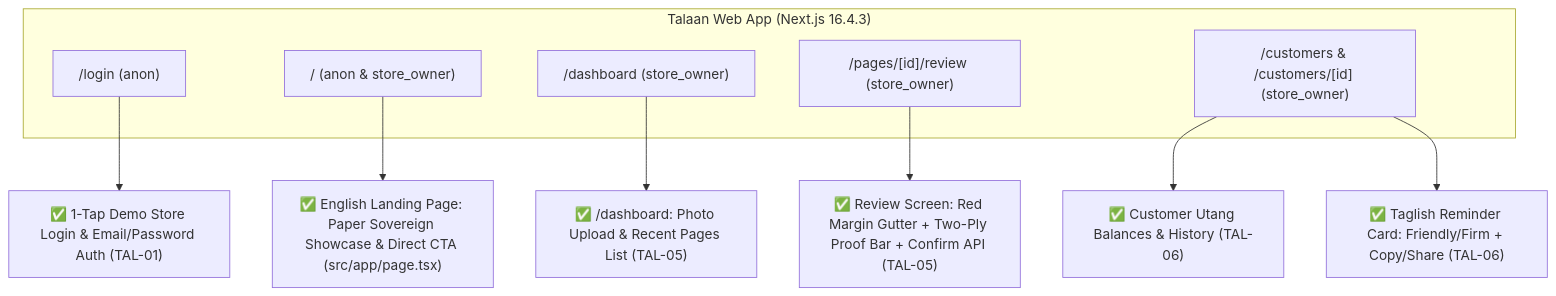
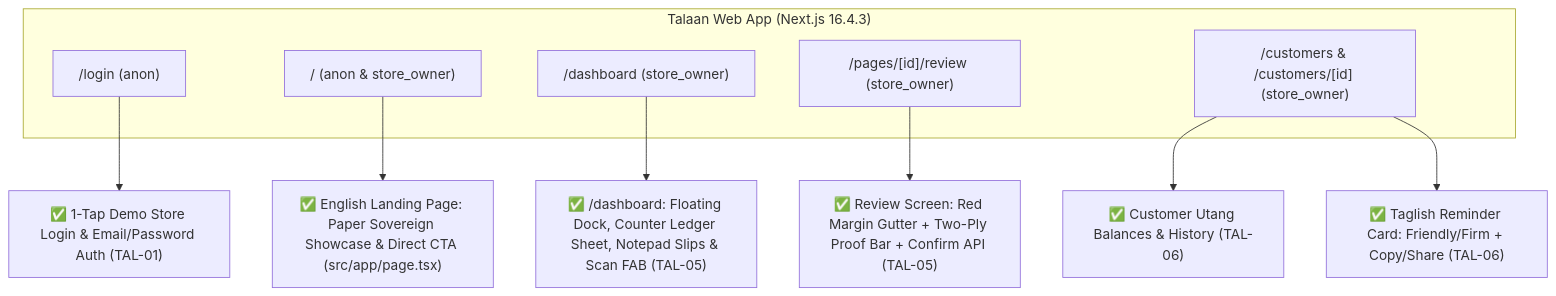
Before and after one commit to ejay-detera/talaan: the first of 5 diagrams in docs/flow.md, drawn with Mermaid. The commit also changed 49 other files, not shown here.

````diff
--- a/docs/flow.md
+++ b/docs/flow.md
@@ -23,16 +23,16 @@
 ```mermaid
 flowchart TB
   subgraph app ["Talaan Web App (Next.js 16.4.3)"]
     S0["/login (anon)"]
     S1["/ (anon & store_owner)"]
     S1b["/dashboard (store_owner)"]
     S2["/pages/[id]/review (store_owner)"]
     S3["/customers & /customers/[id] (store_owner)"]
   end
   S0 --> A1["✅ 1-Tap Demo Store Login & Email/Password Auth (TAL-01)"]
   S1 --> B1["✅ English Landing Page: Paper Sovereign Showcase & Direct CTA (src/app/page.tsx)"]
-  S1b --> B2["✅ /dashboard: Photo Upload & Recent Pages List (TAL-05)"]
+  S1b --> B2["✅ /dashboard: Floating Dock, Counter Ledger Sheet, Notepad Slips & Scan FAB (TAL-05)"]
   S2 --> C1["✅ Review Screen: Red Margin Gutter + Two-Ply Proof Bar + Confirm API (TAL-05)"]
   S3 --> D1["✅ Customer Utang Balances & History (TAL-06)"]
   S3 --> D2["✅ Taglish Reminder Card: Friendly/Firm + Copy/Share (TAL-06)"]
 ```
````
